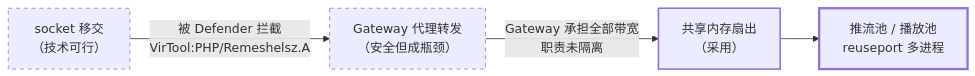
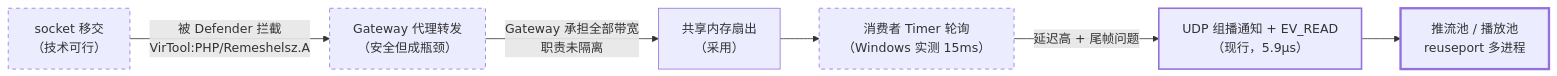
One commit to wy3/media-server changed the diagram in docs/multiprocess/README.md. Above: the diagram before and after it, drawn with Mermaid. The commit also changed other lines of this file and 54 other files, not shown here.

````diff
--- a/docs/multiprocess/README.md
+++ b/docs/multiprocess/README.md
@@ -86,11 +85,14 @@
 ```mermaid
 flowchart LR
     A["socket 移交<br/>（技术可行）"] -->|"被 Defender 拦截<br/>VirTool:PHP/Remeshelsz.A"| B["Gateway 代理转发<br/>（安全但成瓶颈）"]
     B -->|"Gateway 承担全部带宽<br/>职责未隔离"| C["共享内存扇出<br/>（采用）"]
-    C --> D["推流池 / 播放池<br/>reuseport 多进程"]
+    C --> C1["消费者 Timer 轮询<br/>（Windows 实测 15ms）"]
+    C1 -->|"延迟高 + 尾帧问题"| C2["UDP 组播通知 + EV_READ<br/>（现行，5.9µs）"]
+    C2 --> D["推流池 / 播放池<br/>reuseport 多进程"]
 
     style A stroke-dasharray: 5 5
     style B stroke-dasharray: 5 5
-    style C stroke-width:2px
+    style C1 stroke-dasharray: 5 5
+    style C2 stroke-width:2px
     style D stroke-width:3px
 ```
````
